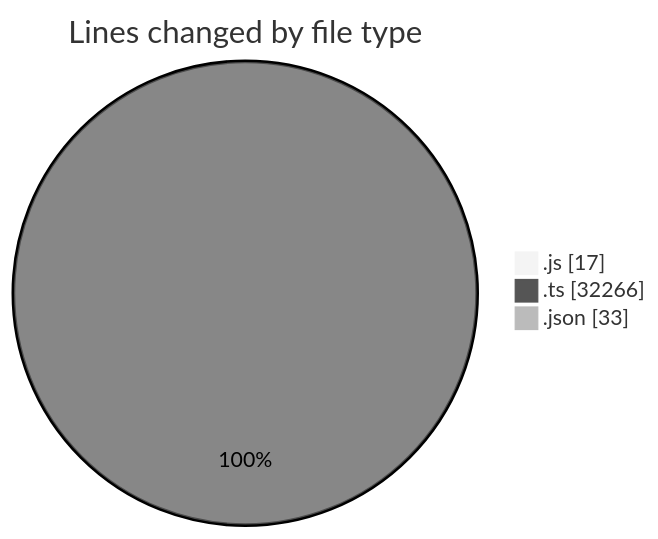
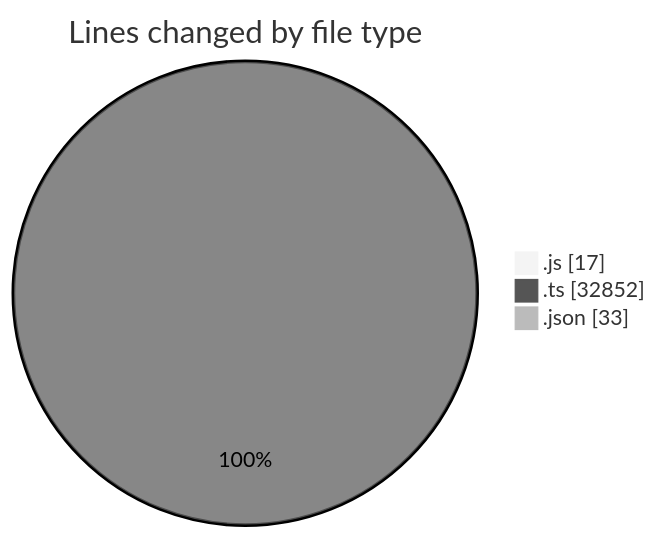
One commit to momahboobian/code-tracking changed the first of 2 diagrams in 2026-07-27/cda/README.md. Above: the diagram before and after it, drawn with Mermaid (neutral theme). The commit also changed other lines of this file and 1 other file, not shown here.

````diff
--- a/2026-07-27/cda/README.md
+++ b/2026-07-27/cda/README.md
@@ -30,7 +30,7 @@
 ```mermaid
 pie showData
 title Lines changed by file type
 ".js" : 17
-".ts" : 32266
+".ts" : 32852
 ".json" : 33
 ```
````
